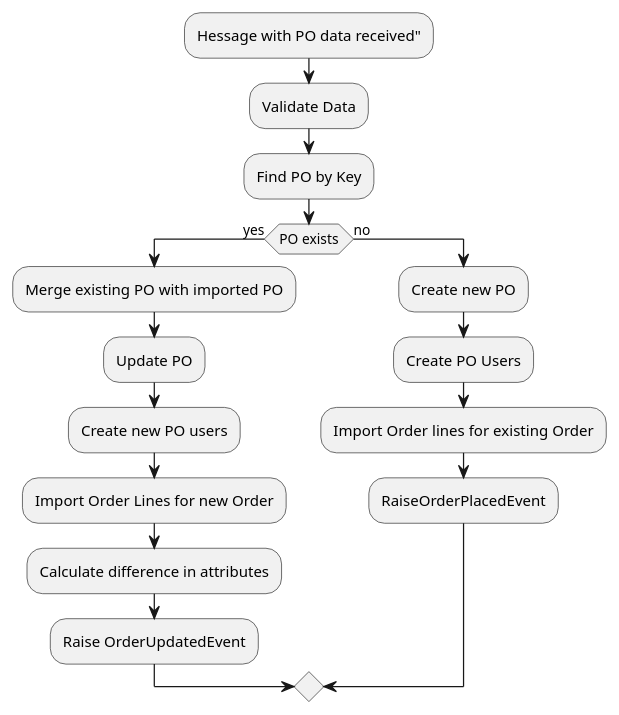
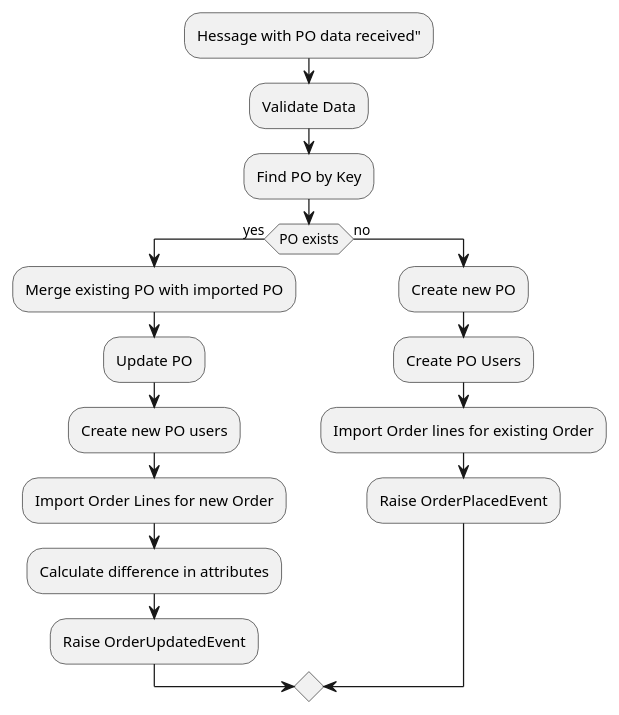
Before and after one commit to karbonfw/purchaseorderdoc: the diagram in diagrams/importPO_UseCase.puml, drawn with PlantUML.

Commit message:
Typo corrected again

```diff
--- a/diagrams/importPO_UseCase.puml
+++ b/diagrams/importPO_UseCase.puml
@@ -1,23 +1,23 @@
 @startuml
 :Hessage with PO data received";
 
 :Validate Data;
 
 :Find PO by Key;
 
 if (PO exists) then (yes)
     :Merge existing PO with imported PO;
     :Update PO;
     :Create new PO users;
     :Import Order Lines for new Order;
     :Calculate difference in attributes;
     :Raise OrderUpdatedEvent;
 else (no)
     :Create new PO;
     :Create PO Users;
     :Import Order lines for existing Order;
-    :RaiseOrderPlacedEvent;
+    :Raise OrderPlacedEvent;
 endif
 
 
 @enduml
```
